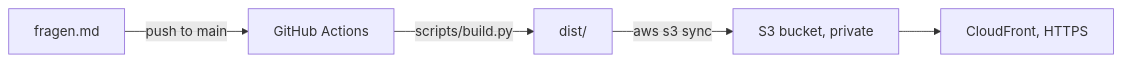
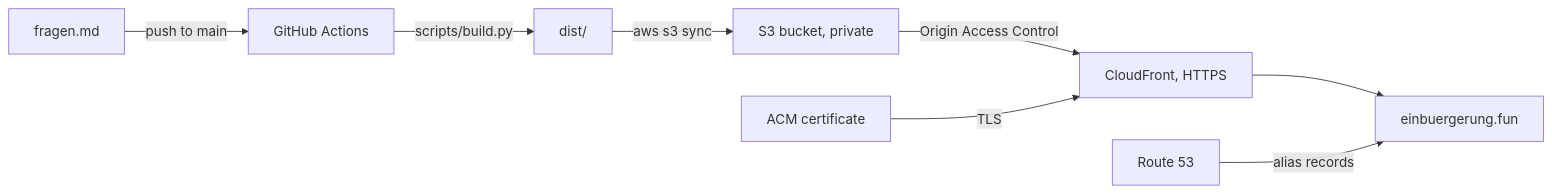
The diagram in README.md (vvkorz/einbuergerung_de), drawn with Mermaid before and after one commit. The commit also changed other lines of this file, not shown here.

````diff
--- a/README.md
+++ b/README.md
@@ -19,7 +19,10 @@
 ```mermaid
 flowchart LR
     A[fragen.md] -->|push to main| B[GitHub Actions]
     B -->|scripts/build.py| C[dist/]
     C -->|aws s3 sync| D[S3 bucket, private]
-    D --> E[CloudFront, HTTPS]
+    D -->|Origin Access Control| E[CloudFront, HTTPS]
+    E --> F[einbuergerung.fun]
+    G[Route 53] -->|alias records| F
+    H[ACM certificate] -->|TLS| E
 ```
````
